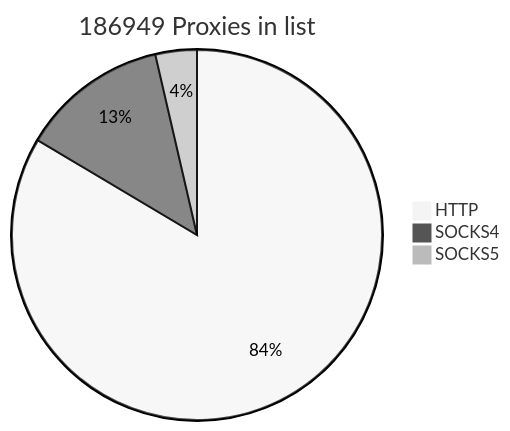
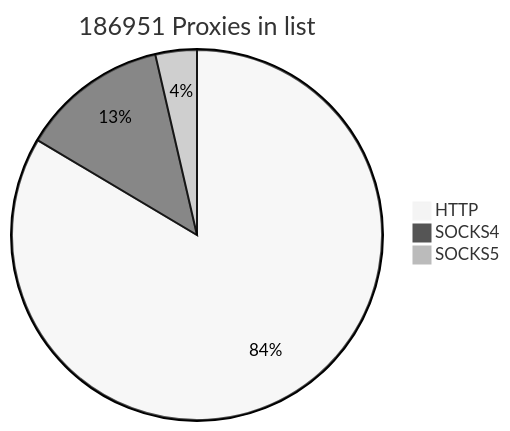
The first of 2 diagrams in README.md (cutipu/proxylist), drawn with Mermaid (neutral theme) before and after one commit. The commit also changed other lines of this file, not shown here.

````diff
--- a/README.md
+++ b/README.md
@@ -2,7 +2,7 @@
 ```mermaid
-pie title 186949 Proxies in list
-    "HTTP" : 156173
-    "SOCKS4" : 24015
+pie title 186951 Proxies in list
+    "HTTP" : 156174
+    "SOCKS4" : 24016
     "SOCKS5" : 6761
             
 ```
````
